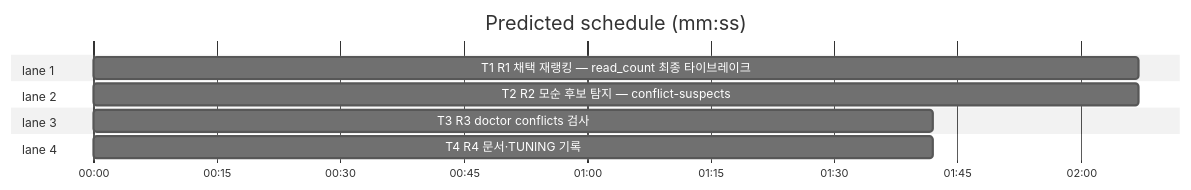
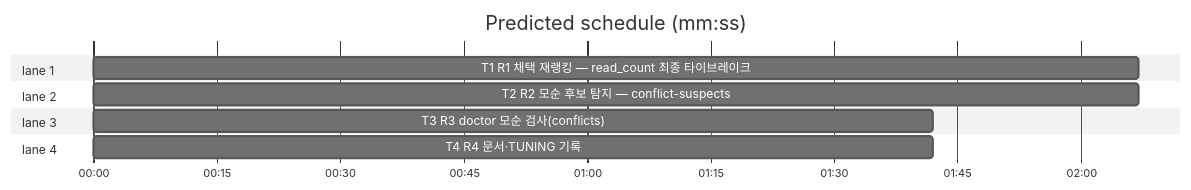
Before and after one commit to synuns/flint: the second of 2 diagrams in docs/plans/2026-10-31-flint-v0130.md, drawn with Mermaid (neutral theme). The commit also changed other lines of this file, not shown here.

````diff
--- a/docs/plans/2026-10-31-flint-v0130.md
+++ b/docs/plans/2026-10-31-flint-v0130.md
@@ -38,15 +38,15 @@
 ```mermaid
 %% schedule
 gantt
   title Predicted schedule (mm:ss)
   dateFormat X
   axisFormat %M:%S
   section lane 1
   T1 R1 채택 재랭킹 — read_count 최종 타이브레이크 :t1, 0, 127s
   section lane 2
   T2 R2 모순 후보 탐지 — conflict-suspects :t2, 0, 127s
   section lane 3
-  T3 R3 doctor conflicts 검사 :t3, 0, 102s
+  T3 R3 doctor 모순 검사(conflicts) :t3, 0, 102s
   section lane 4
   T4 R4 문서·TUNING 기록 :t4, 0, 102s
 ```
````
